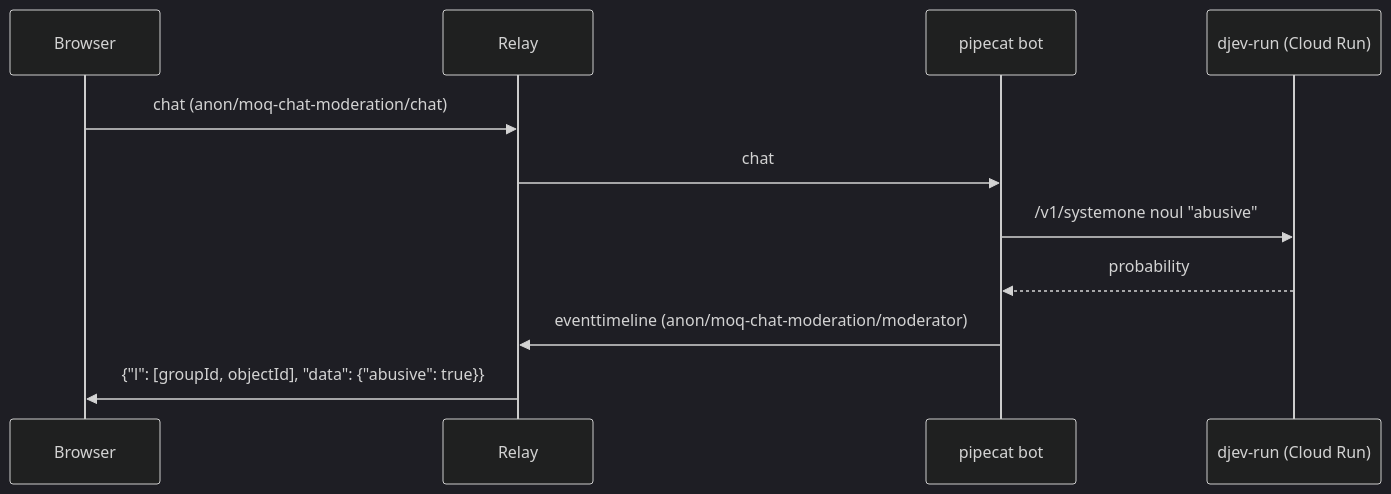
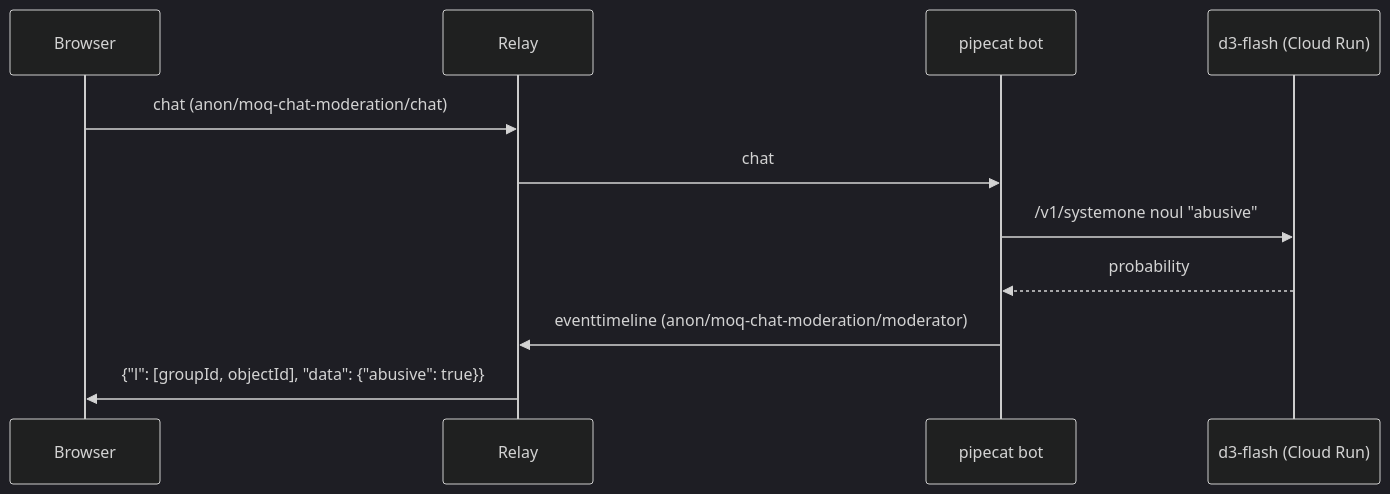
The diagram in examples/python/moq-chat-moderation/README.md (nttcom/moq-wasm), drawn with Mermaid (dark theme) before and after one commit. The commit also changed other lines of this file and 53 other files, not shown here.

Commit message:
refactor(examples): rename djev to d3-flash in the bots, pages and docs

````diff
--- a/examples/python/moq-chat-moderation/README.md
+++ b/examples/python/moq-chat-moderation/README.md
@@ -7,13 +7,13 @@
 ```mermaid
 sequenceDiagram
     participant B as Browser
     participant R as Relay
     participant P as pipecat bot
-    participant D as djev-run (Cloud Run)
+    participant D as d3-flash (Cloud Run)
     B->>R: chat (anon/moq-chat-moderation/chat)
     R->>P: chat
     P->>D: /v1/systemone noul "abusive"
     D-->>P: probability
     P->>R: eventtimeline (anon/moq-chat-moderation/moderator)
     R->>B: {"l": [groupId, objectId], "data": {"abusive": true}}
 ```
````
